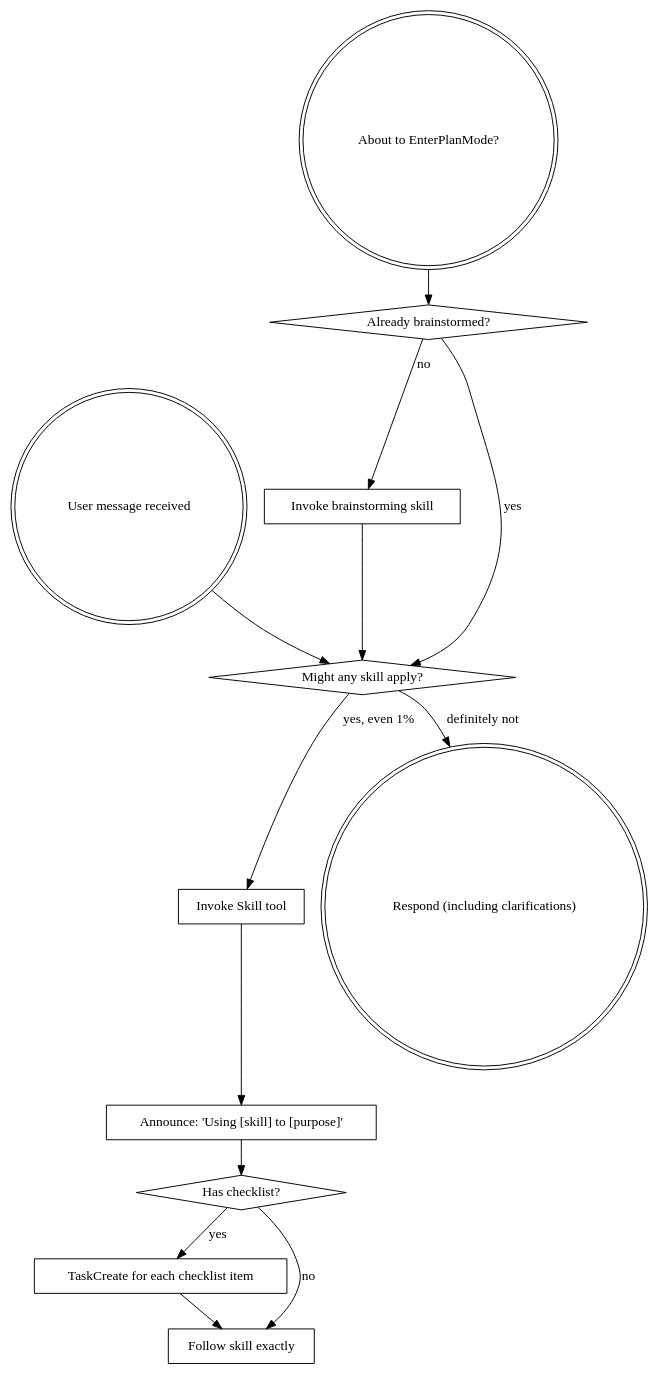
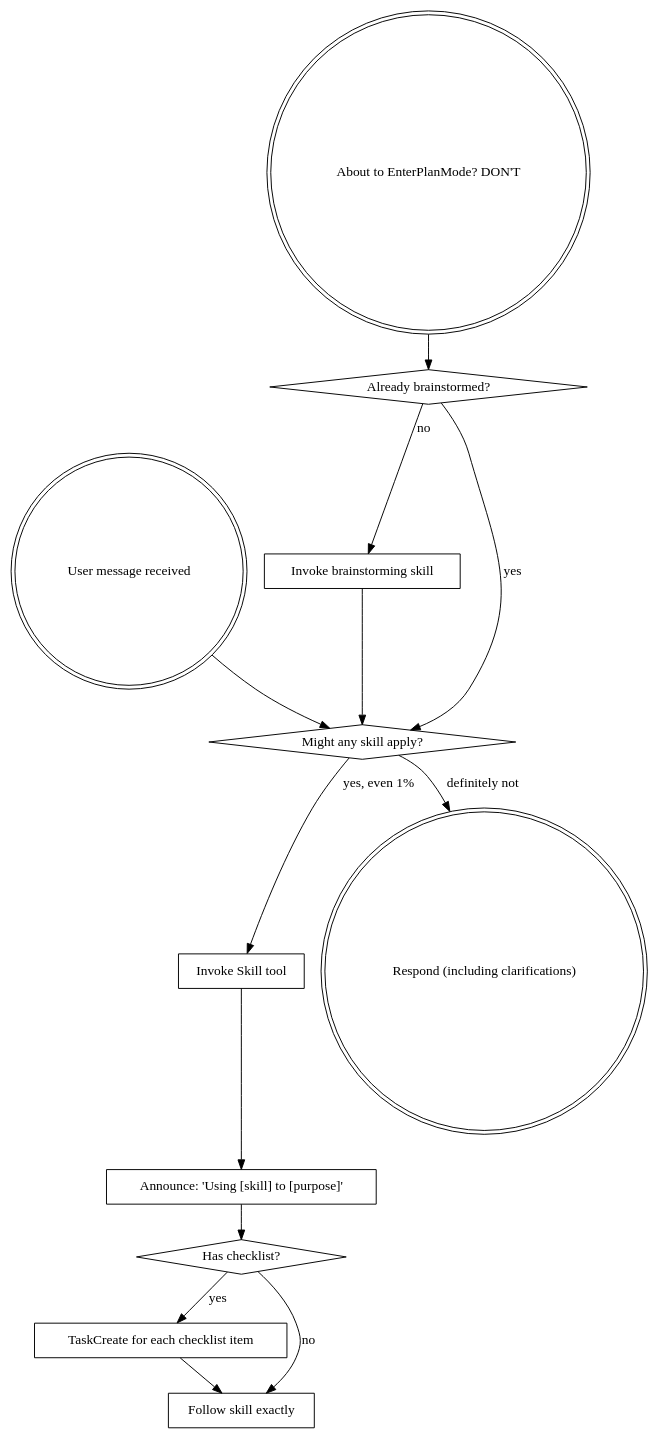
Before and after one commit to pcvelz/superpowers: the diagram in skills/using-superpowers/SKILL.md, drawn with Graphviz. The commit also changed 5 other files, not shown here.

Commit message:
fix: add EnterPlanMode prohibition and plan mode defense

````diff
--- a/skills/using-superpowers/SKILL.md
+++ b/skills/using-superpowers/SKILL.md
@@ -26,29 +26,29 @@
 ```dot
 digraph skill_flow {
     "User message received" [shape=doublecircle];
-    "About to EnterPlanMode?" [shape=doublecircle];
+    "About to EnterPlanMode? DON'T" [shape=doublecircle];
     "Already brainstormed?" [shape=diamond];
     "Invoke brainstorming skill" [shape=box];
     "Might any skill apply?" [shape=diamond];
     "Invoke Skill tool" [shape=box];
     "Announce: 'Using [skill] to [purpose]'" [shape=box];
     "Has checklist?" [shape=diamond];
     "TaskCreate for each checklist item" [shape=box];
     "Follow skill exactly" [shape=box];
     "Respond (including clarifications)" [shape=doublecircle];
 
-    "About to EnterPlanMode?" -> "Already brainstormed?";
+    "About to EnterPlanMode? DON'T" -> "Already brainstormed?";
     "Already brainstormed?" -> "Invoke brainstorming skill" [label="no"];
     "Already brainstormed?" -> "Might any skill apply?" [label="yes"];
     "Invoke brainstorming skill" -> "Might any skill apply?";
 
     "User message received" -> "Might any skill apply?";
     "Might any skill apply?" -> "Invoke Skill tool" [label="yes, even 1%"];
     "Might any skill apply?" -> "Respond (including clarifications)" [label="definitely not"];
     "Invoke Skill tool" -> "Announce: 'Using [skill] to [purpose]'";
     "Announce: 'Using [skill] to [purpose]'" -> "Has checklist?";
     "Has checklist?" -> "TaskCreate for each checklist item" [label="yes"];
     "Has checklist?" -> "Follow skill exactly" [label="no"];
     "TaskCreate for each checklist item" -> "Follow skill exactly";
 }
 ```
````
